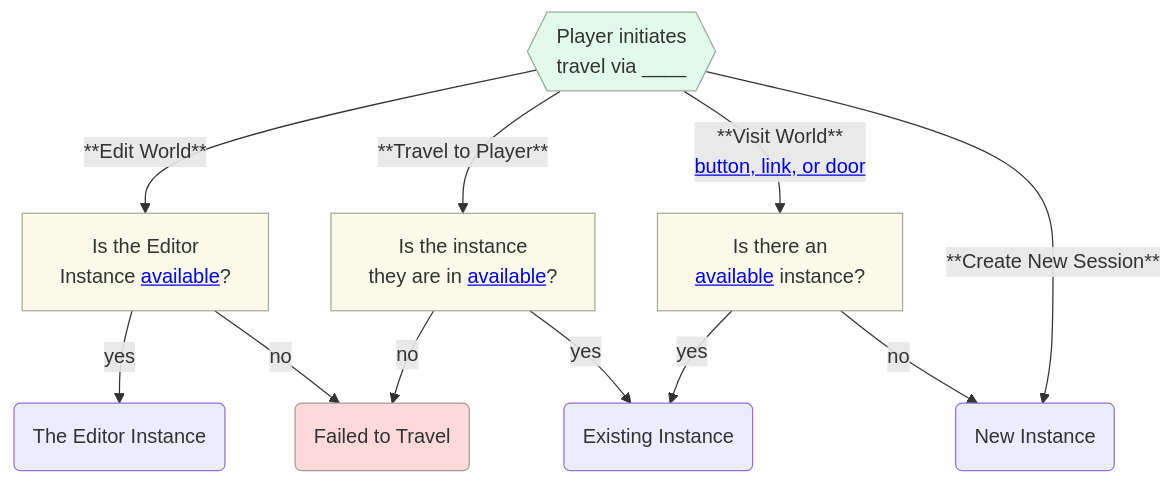
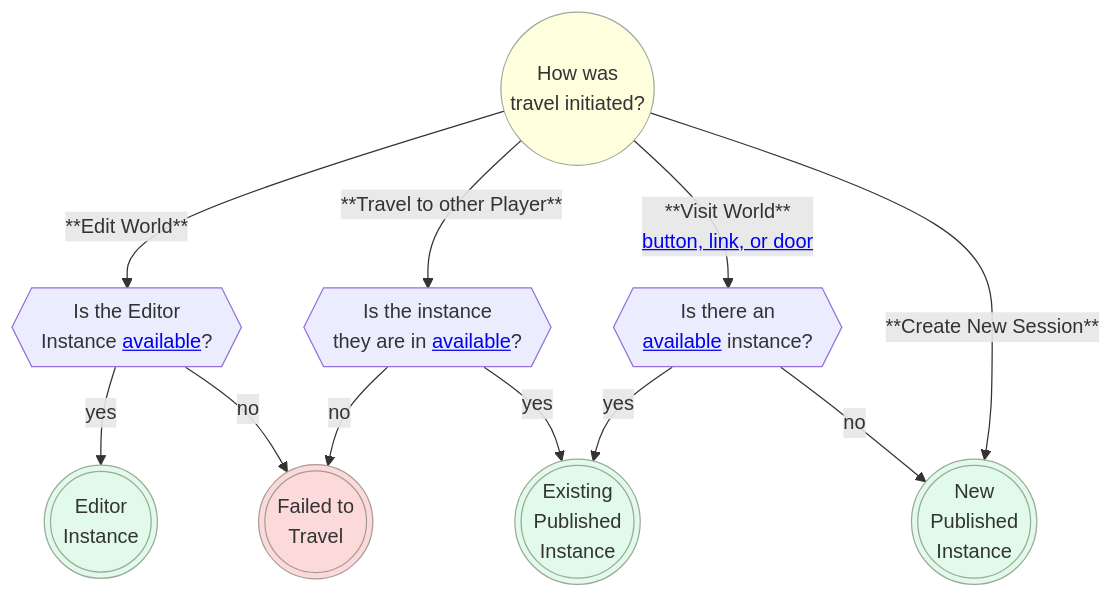
One commit to MHCPCreators/horizonCreatorManual changed the first of 8 diagrams in HorizonTechnicalDoc.md. Above: the diagram before and after it, drawn with Mermaid. The commit also changed other lines of this file, not shown here.

Commit message:
Diagram tweaks

````diff
--- a/HorizonTechnicalDoc.md
+++ b/HorizonTechnicalDoc.md
@@ -384,26 +402,26 @@
 ```mermaid
 flowchart TD
-  playerTravel{{Player initiates<br/>travel via ____}} --"**Edit World**"--> isEditorFull[Is the Editor<br/>Instance <a href="#available-instances">available</a>?]
+  playerTravel@{ shape: circle, label: "How was<br/>travel initiated?" } --"**Edit World**"--> isEditorFull{{Is the Editor<br/>Instance <a href="#available-instances">available</a>?}}
 
-  playerTravel --"**Travel to Player**"--> publishedAvailable[Is the instance<br/>they are in <a href="#available-instances">available</a>?]
+  playerTravel --"**Travel to other Player**"--> publishedAvailable{{Is the instance<br/>they are in <a href="#available-instances">available</a>?}}
 
-  playerTravel --"**Visit World** <br/><a href="#travel-doors-and-links">button, link, or door</a>"--> checkInstance[Is there an<br/>  <a href="#available-instances">available</a> instance?]
+  playerTravel --"**Visit World** <br/><a href="#travel-doors-and-links">button, link, or door</a>"--> checkInstance{{Is there an<br/>  <a href="#available-instances">available</a> instance?}}
 
   publishedAvailable --"yes"--> existingInstance
 
-  checkInstance --"yes"--> existingInstance(Existing Instance)
+  checkInstance --"yes"--> existingInstance@{ shape: dbl-circ, label: "Existing<br/>Published<br/>Instance" }
   checkInstance --"no"--> newInstance
 
-  playerTravel --""**Create New Session**--> newInstance(New Instance)
+  playerTravel --""**Create New Session**--> newInstance@{ shape: dbl-circ, label: "New<br/>Published<br/>Instance" }
 
-  isEditorFull --"yes"--> editInstance(The Editor Instance)
-  isEditorFull --"no"--> failed(Failed to Travel)
+  isEditorFull --"yes"--> editInstance@{ shape: dbl-circ, label: "Editor<br/>Instance" }
+  isEditorFull --"no"--> failed@{ shape: dbl-circ, label: "Failed to<br/>Travel" }
 
   publishedAvailable --"no"--> failed
 
-  style playerTravel fill:#e2faea,stroke:#9a9
-  style checkInstance fill:#fafaea,stroke:#aa9
-  style publishedAvailable fill:#fafaea,stroke:#aa9
-  style isEditorFull fill:#fafaea,stroke:#aa9
+  style newInstance fill:#e2faea,stroke:#9a9
+  style playerTravel fill:#ffffde,stroke:#9a9
+  style existingInstance fill:#e2faea,stroke:#9a9
+  style editInstance fill:#e2faea,stroke:#9a9
   style failed fill:#fcdada,stroke:#a99
 ```
````
